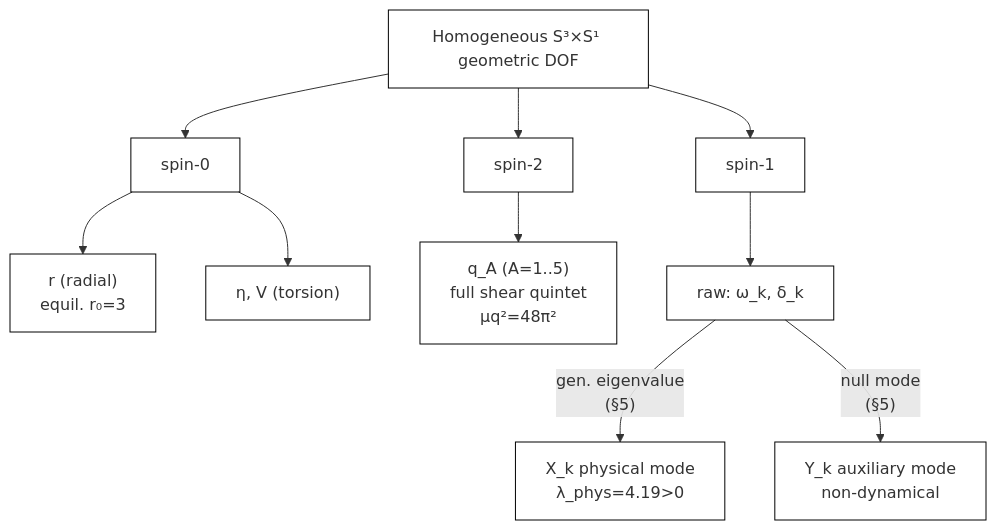
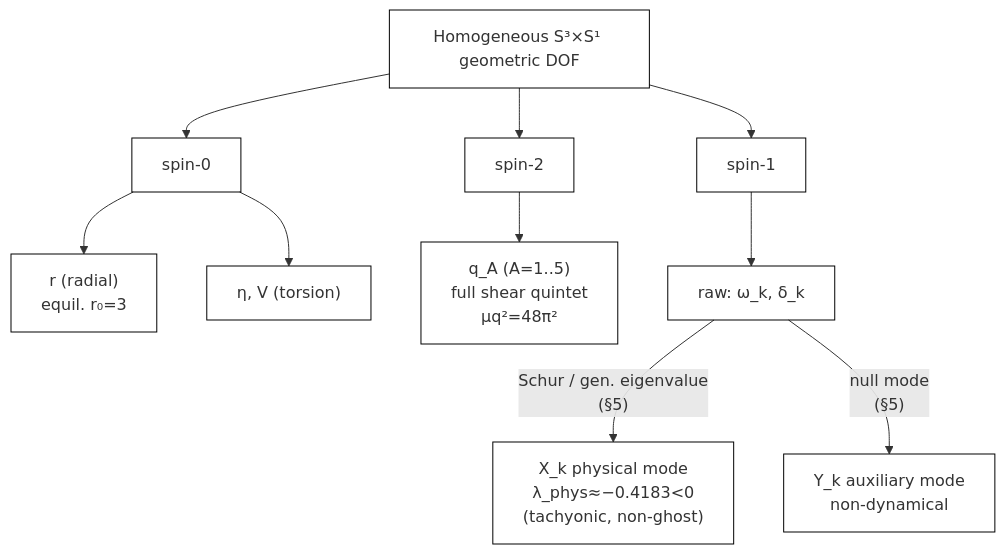
The diagram in DPPUv2-paper03_sec02.md (Muacca/DPPUv2-paper03), drawn with Mermaid before and after one commit. The commit also changed 204 other files, not shown here.

````diff
--- a/DPPUv2-paper03_sec02.md
+++ b/DPPUv2-paper03_sec02.md
@@ -140,19 +140,19 @@
 ```mermaid
 graph TD
     DOF["Homogeneous S³×S¹ geometric DOF"]
 
     DOF --> S0["spin-0"]
     DOF --> S2["spin-2"]
     DOF --> S1["spin-1"]
 
     S0 --> r["r (radial)<br/>equil. r₀=3"]
     S0 --> tors["η, V (torsion)"]
 
     S2 --> qA["q_A  (A=1..5)<br/>full shear quintet<br/>μq²=48π²"]
 
     S1 --> raw["raw: ω_k, δ_k"]
-    raw -->|"gen. eigenvalue<br/>(§5)"| Xk["X_k  physical mode<br/>λ_phys=4.19>0"]
+    raw -->|"Schur / gen. eigenvalue<br/>(§5)"| Xk["X_k  physical mode<br/>λ_phys≈−0.4183<0<br/>(tachyonic, non-ghost)"]
     raw -->|"null mode<br/>(§5)"| Yk["Y_k  auxiliary mode<br/>non-dynamical"]
     
     classDef default fill:none,stroke:black
 ```
````
